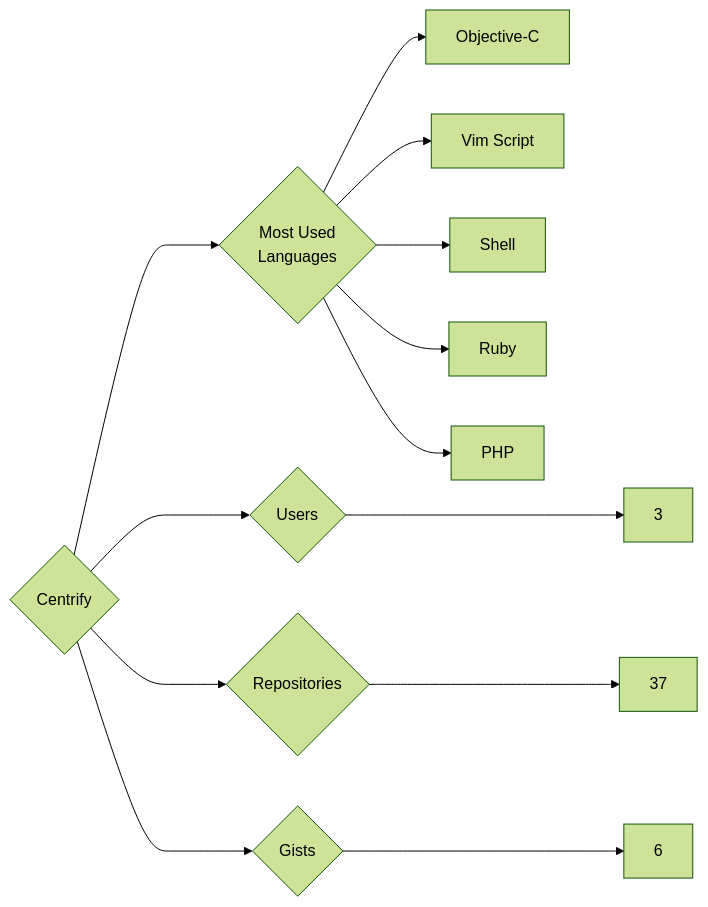
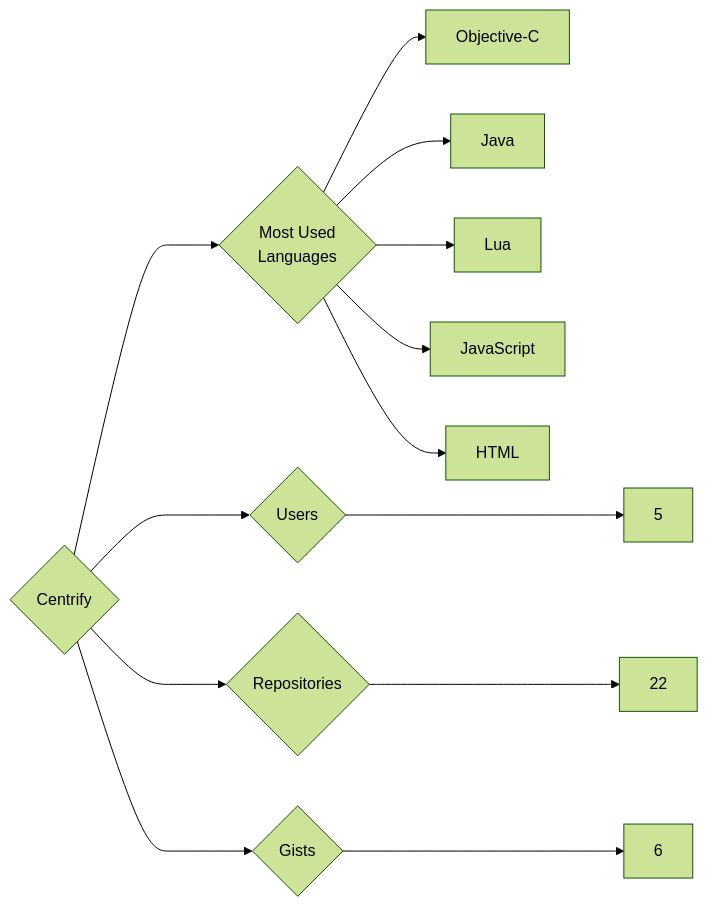
One commit to trickest/insiders changed the diagram in targets/Centrify/README.md. Above: the diagram before and after it, drawn with Mermaid (forest theme). The commit also changed 1003 other files, not shown here.

````diff
--- a/targets/Centrify/README.md
+++ b/targets/Centrify/README.md
@@ -3,13 +3,13 @@
 ```mermaid
 graph LR
 COMPANY_NAME{Centrify}
-COMPANY_NAME ---> U{Users} ---> UN[3]
-COMPANY_NAME ---> R{Repositories} ---> RN[37]
+COMPANY_NAME ---> U{Users} ---> UN[5]
+COMPANY_NAME ---> R{Repositories} ---> RN[22]
 COMPANY_NAME ---> G{Gists} ---> GN[6]
 COMPANY_NAME ---> ML{Most Used<br>Languages}
 ML --> Objective-C[Objective-C]
-ML --> Vim_Script[Vim Script]
-ML --> Shell[Shell]
-ML --> Ruby[Ruby]
-ML --> PHP[PHP]
+ML --> Java[Java]
+ML --> Lua[Lua]
+ML --> JavaScript[JavaScript]
+ML --> HTML[HTML]
 ```
````
